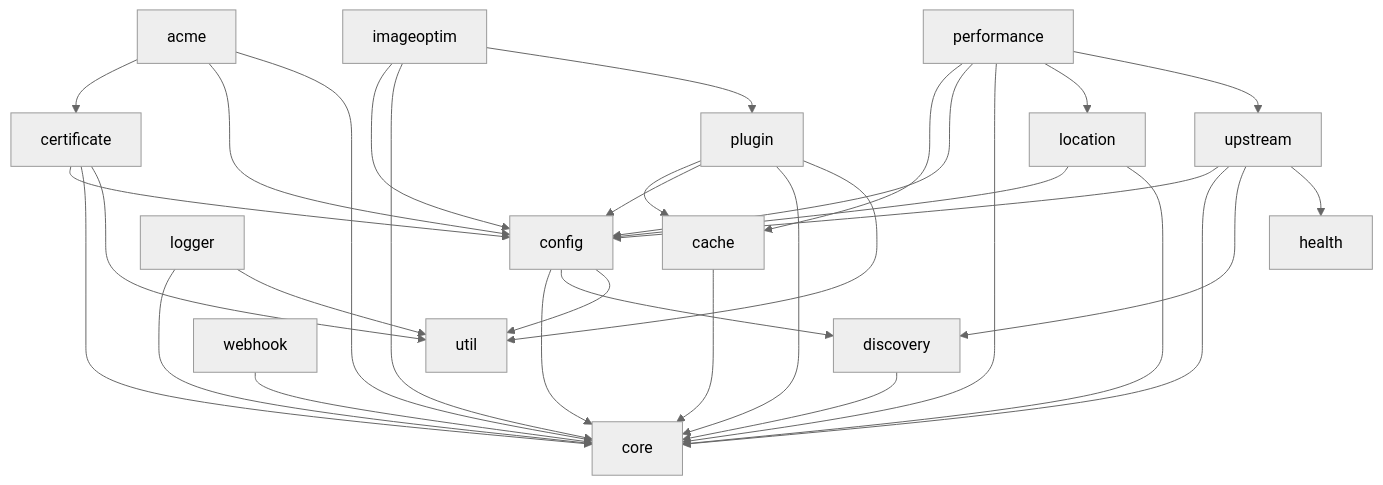
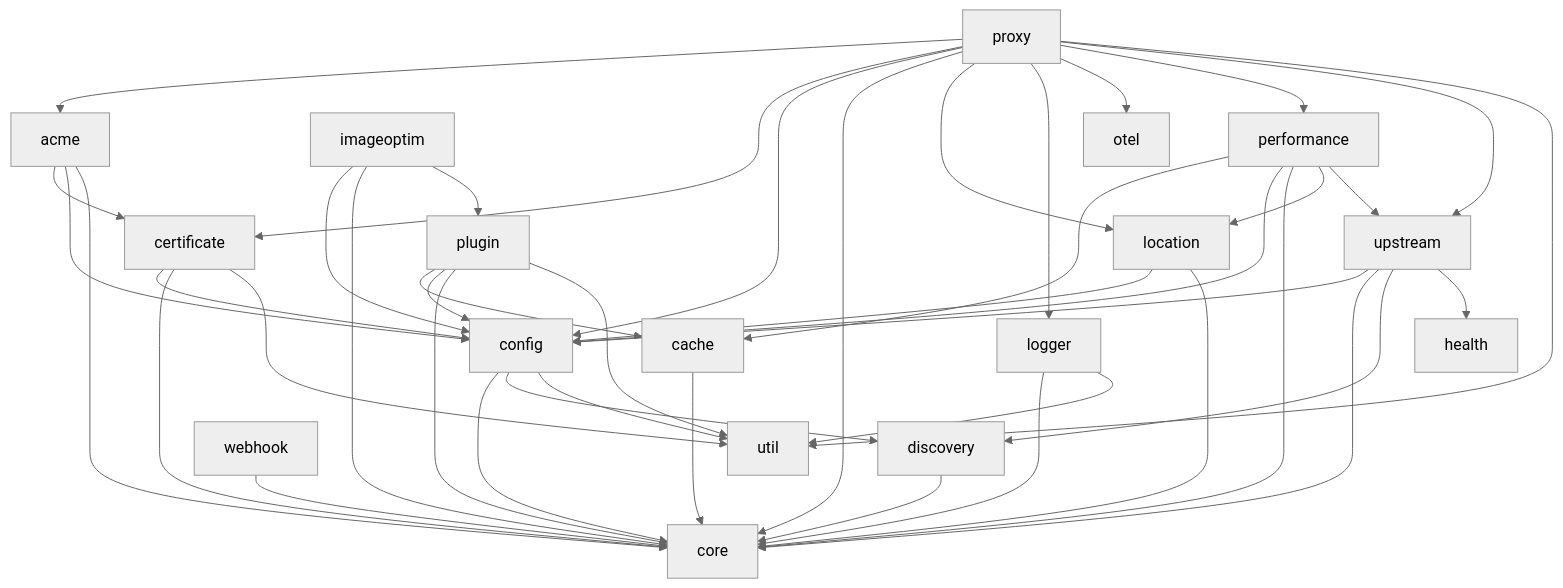
The diagram in docs/modules.md (vicanso/pingap), drawn with Mermaid (neutral theme) before and after one commit. The commit also changed 19 other files, not shown here.

Commit message:
refactor: adjust pingap upstream and location

````diff
--- a/docs/modules.md
+++ b/docs/modules.md
@@ -22,46 +22,57 @@
 ```mermaid
 graph TD
     acme --> certificate
     acme --> config
     acme --> core
 
     cache --> core
 
     certificate --> config
     certificate --> core
     certificate --> util
 
     config --> core
     config --> discovery
     config --> util
 
     discovery --> core
 
     imageoptim --> config
     imageoptim --> core
     imageoptim --> plugin
 
     location --> config
     location --> core
 
     logger --> core
     logger --> util
 
     performance --> cache
     performance --> config
     performance --> core
     performance --> location
     performance --> upstream
 
     plugin --> cache
     plugin --> config
     plugin --> core
     plugin --> util
 
+    proxy --> acme
+    proxy --> certificate
+    proxy --> config
+    proxy --> core
+    proxy --> location
+    proxy --> logger
+    proxy --> otel
+    proxy --> performance
+    proxy --> upstream
+    proxy --> util
+
     upstream --> config
     upstream --> core
     upstream --> discovery
     upstream --> health
 
     webhook --> core
 ```
````
